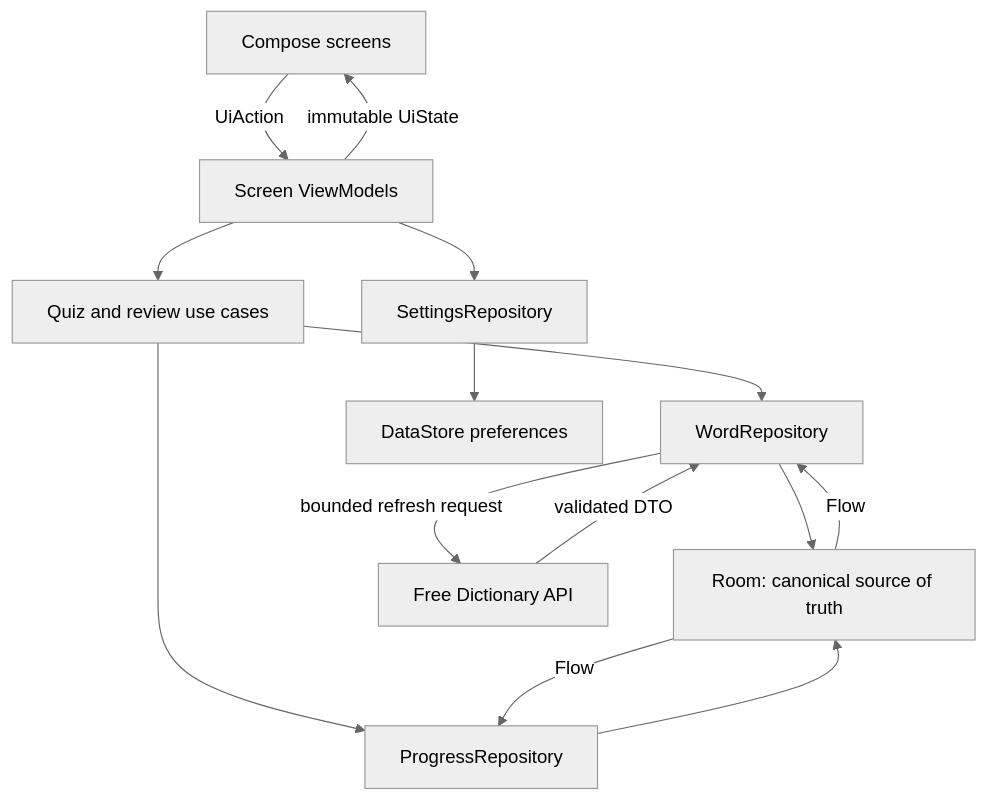
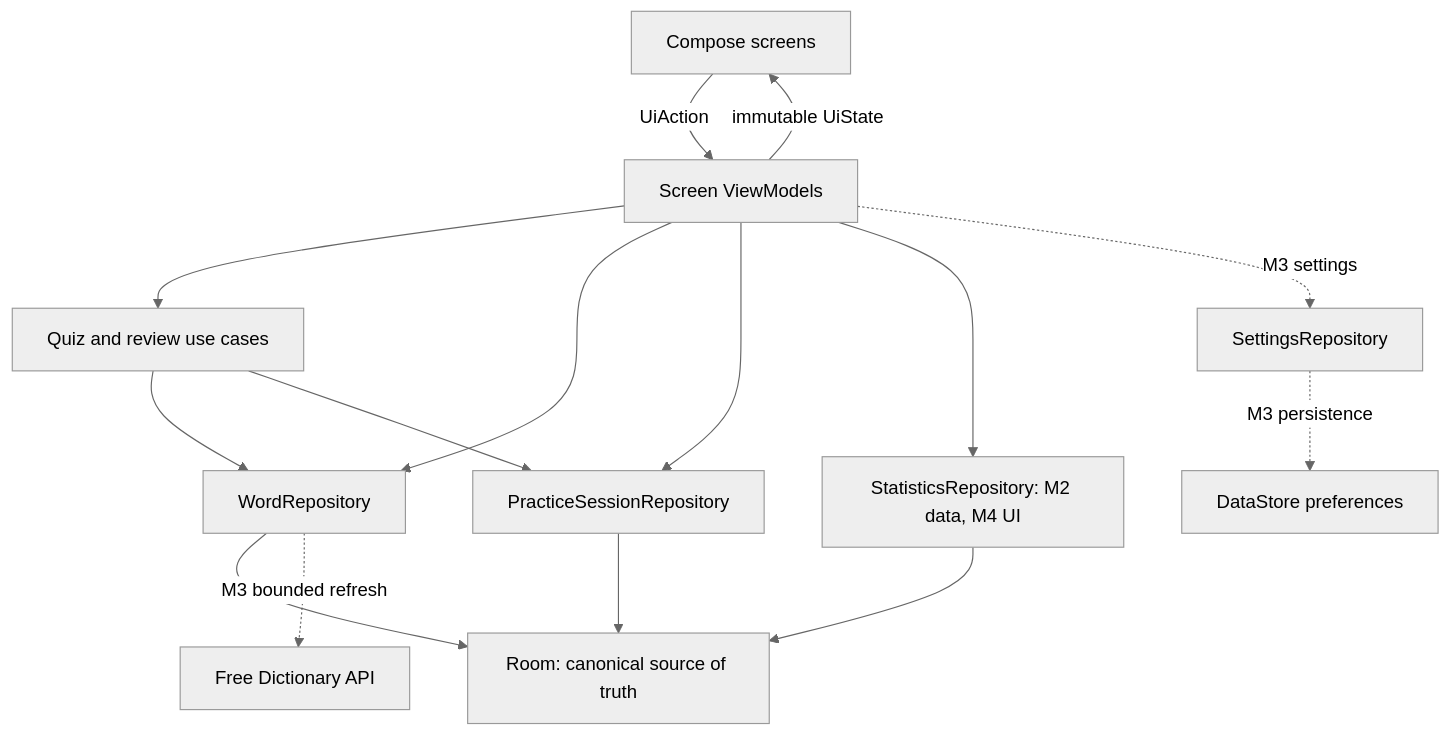
The diagram in README.md (Cailiangzhe/CP3406_Educational_app), drawn with Mermaid (neutral theme) before and after one commit. The commit also changed other lines of this file and 85 other files, not shown here.

````diff
--- a/README.md
+++ b/README.md
@@ -107,16 +120,17 @@
 ```mermaid
 flowchart TD
     UI["Compose screens"] -- "UiAction" --> VM["Screen ViewModels"]
     VM -- "immutable UiState" --> UI
     VM --> UC["Quiz and review use cases"]
-    UC --> WR["WordRepository"]
-    UC --> PR["ProgressRepository"]
-    VM --> SR["SettingsRepository"]
+    VM --> WR["WordRepository"]
+    VM --> PSR["PracticeSessionRepository"]
+    VM --> STAT["StatisticsRepository: M2 data, M4 UI"]
+    UC --> WR
+    UC --> PSR
     WR --> DB["Room: canonical source of truth"]
-    PR --> DB
-    WR -- "bounded refresh request" --> API["Free Dictionary API"]
-    API -- "validated DTO" --> WR
-    DB -- "Flow" --> WR
-    DB -- "Flow" --> PR
-    SR --> SETTINGS["DataStore preferences"]
+    PSR --> DB
+    STAT --> DB
+    WR -. "M3 bounded refresh" .-> API["Free Dictionary API"]
+    VM -. "M3 settings" .-> SR["SettingsRepository"]
+    SR -. "M3 persistence" .-> SETTINGS["DataStore preferences"]
 ```
````
